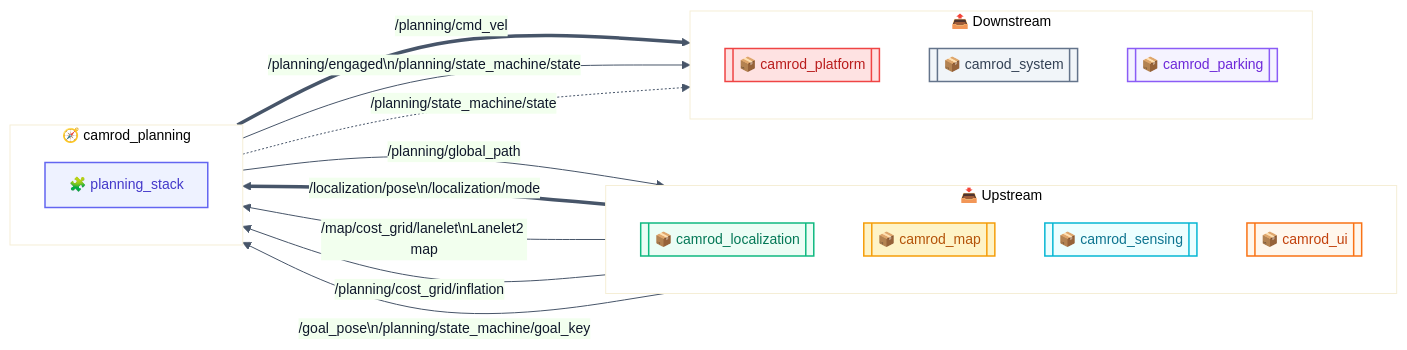
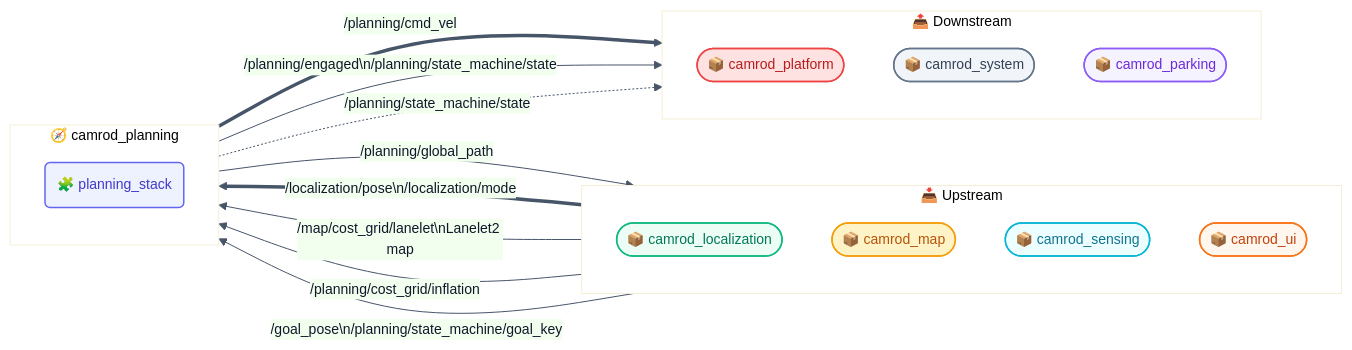
The first of 4 diagrams in camrod_planning/README.md (hwanhonglee/CAMROD), drawn with Mermaid before and after one commit. The commit also changed other lines of this file and 12 other files, not shown here.

First line of the commit message:
docs(v4): unified Mermaid shape convention + runtime data flow diagram

````diff
--- a/camrod_planning/README.md
+++ b/camrod_planning/README.md
@@ -42,53 +42,53 @@
 ```mermaid
 %%{init: {'theme': 'base', 'themeVariables': {'fontFamily': 'ui-sans-serif, system-ui, sans-serif', 'fontSize': '14px', 'primaryColor': '#EEF2FF', 'primaryTextColor': '#0F172A', 'primaryBorderColor': '#6366F1', 'lineColor': '#475569'}, 'flowchart': {'curve': 'basis', 'htmlLabels': true, 'padding': 12}}}%%
 graph LR
   classDef sensing      fill:#ECFEFF,stroke:#06B6D4,stroke-width:1.5px,color:#0E7490;
   classDef localization fill:#ECFDF5,stroke:#10B981,stroke-width:1.5px,color:#047857;
   classDef mapping      fill:#FEF3C7,stroke:#F59E0B,stroke-width:1.5px,color:#B45309;
   classDef perception   fill:#FCE7F3,stroke:#EC4899,stroke-width:1.5px,color:#9D174D;
   classDef planning     fill:#EEF2FF,stroke:#6366F1,stroke-width:1.5px,color:#4338CA;
   classDef platform     fill:#FEE2E2,stroke:#EF4444,stroke-width:1.5px,color:#B91C1C;
   classDef parking      fill:#F5F3FF,stroke:#8B5CF6,stroke-width:1.5px,color:#6D28D9;
   classDef system       fill:#F1F5F9,stroke:#64748B,stroke-width:1.5px,color:#334155;
   classDef ui           fill:#FFF7ED,stroke:#F97316,stroke-width:1.5px,color:#C2410C;
   classDef topic        fill:#F8FAFC,stroke:#94A3B8,stroke-width:1px,color:#475569,font-style:italic;
 
   subgraph UP ["📥 Upstream"]
     direction TB
-    LOC[[📦 camrod_localization]]
-    MAP[[📦 camrod_map]]
-    SENS[[📦 camrod_sensing]]
-    UI[[📦 camrod_ui]]
+    LOC([📦 camrod_localization])
+    MAP([📦 camrod_map])
+    SENS([📦 camrod_sensing])
+    UI([📦 camrod_ui])
   end
 
   subgraph PLAN_PKG ["🧭 camrod_planning"]
     direction TB
-    PLAN[🧩 planning_stack]
+    PLAN(🧩 planning_stack)
   end
 
   subgraph DOWN ["📤 Downstream"]
     direction TB
-    PLAT[[📦 camrod_platform]]
-    SYS[[📦 camrod_system]]
-    PARK[[📦 camrod_parking]]
+    PLAT([📦 camrod_platform])
+    SYS([📦 camrod_system])
+    PARK([📦 camrod_parking])
   end
 
   LOC ==>|"`/localization/pose\n/localization/mode`"| PLAN
   MAP -->|"`/map/cost_grid/lanelet\nLanelet2 map`"| PLAN
   SENS -->|"`/planning/cost_grid/inflation`"| PLAN
   UI -->|"`/goal_pose\n/planning/state_machine/goal_key`"| PLAN
 
   PLAN ==>|"`/planning/cmd_vel`"| PLAT
   PLAN -->|"`/planning/engaged\n/planning/state_machine/state`"| SYS
   PLAN -->|"`/planning/global_path`"| MAP
   PLAN -.->|"`/planning/state_machine/state`"| PARK
 
   class LOC localization
   class MAP mapping
   class SENS sensing
   class UI ui
   class PLAN planning
   class PLAT platform
   class SYS system
   class PARK parking
 ```
````
